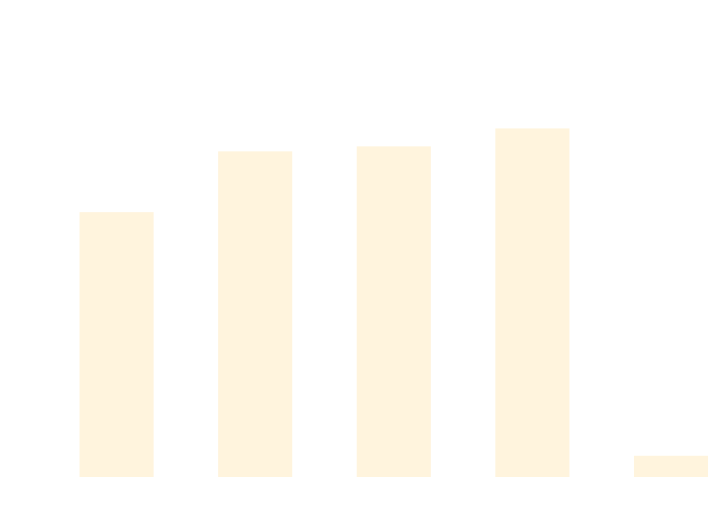
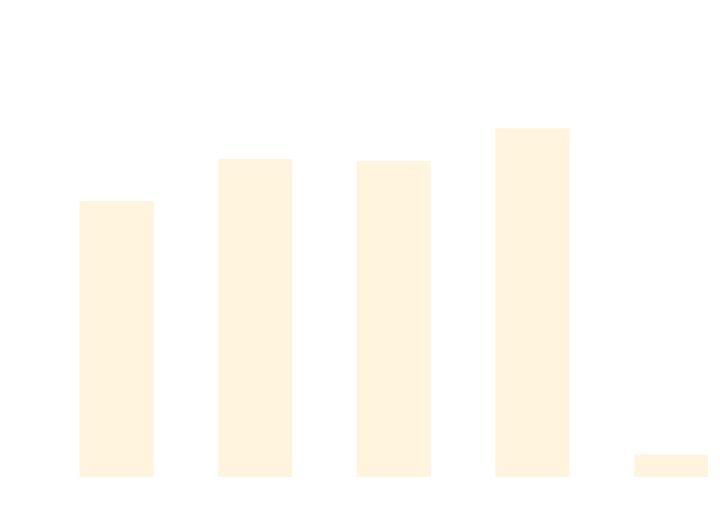
Before and after one commit to weiyilai/TUnit: the diagram in docs/docs/benchmarks/DataDrivenTests.md, drawn with Mermaid. The commit also changed other lines of this file and 17 other files, not shown here.

````diff
--- a/docs/docs/benchmarks/DataDrivenTests.md
+++ b/docs/docs/benchmarks/DataDrivenTests.md
@@ -27,37 +27,37 @@
 ```mermaid
 %%{init: {
   'theme':'base',
   'themeVariables': {
     'primaryColor': '#2563eb',
     'primaryTextColor': '#ffffff',
     'primaryBorderColor': '#1e40af',
     'lineColor': '#6b7280',
     'secondaryColor': '#7c3aed',
     'tertiaryColor': '#dc2626',
     'background': '#ffffff',
     'mainBkg': '#2563eb',
     'secondBkg': '#7c3aed',
     'tertiaryBkg': '#dc2626',
     'clusterBkg': '#f3f4f6',
     'edgeLabelBackground': '#ffffff',
     'tertiaryTextColor': '#1f2937',
     'pie1': '#2563eb',
     'pie2': '#7c3aed',
     'pie3': '#dc2626',
     'pie4': '#f59e0b',
     'pie5': '#10b981',
     'pie6': '#06b6d4',
     'pie7': '#ec4899',
     'pie8': '#6366f1',
     'pie9': '#84cc16',
     'pie10': '#f97316',
     'pie11': '#14b8a6',
     'pie12': '#a855f7'
   }
 }}%%
 xychart-beta
   title "DataDrivenTests Performance Comparison"
   x-axis ["TUnit", "NUnit", "MSTest", "xUnit3", "TUnit_AOT"]
-  y-axis "Time (ms)" 0 --> 735
-  bar [461.55, 570.84, 579.83, 612.04, 23.78]
+  y-axis "Time (ms)" 0 --> 716
+  bar [468.83, 543.02, 539.01, 596.39, 25.26]
 ```
````
